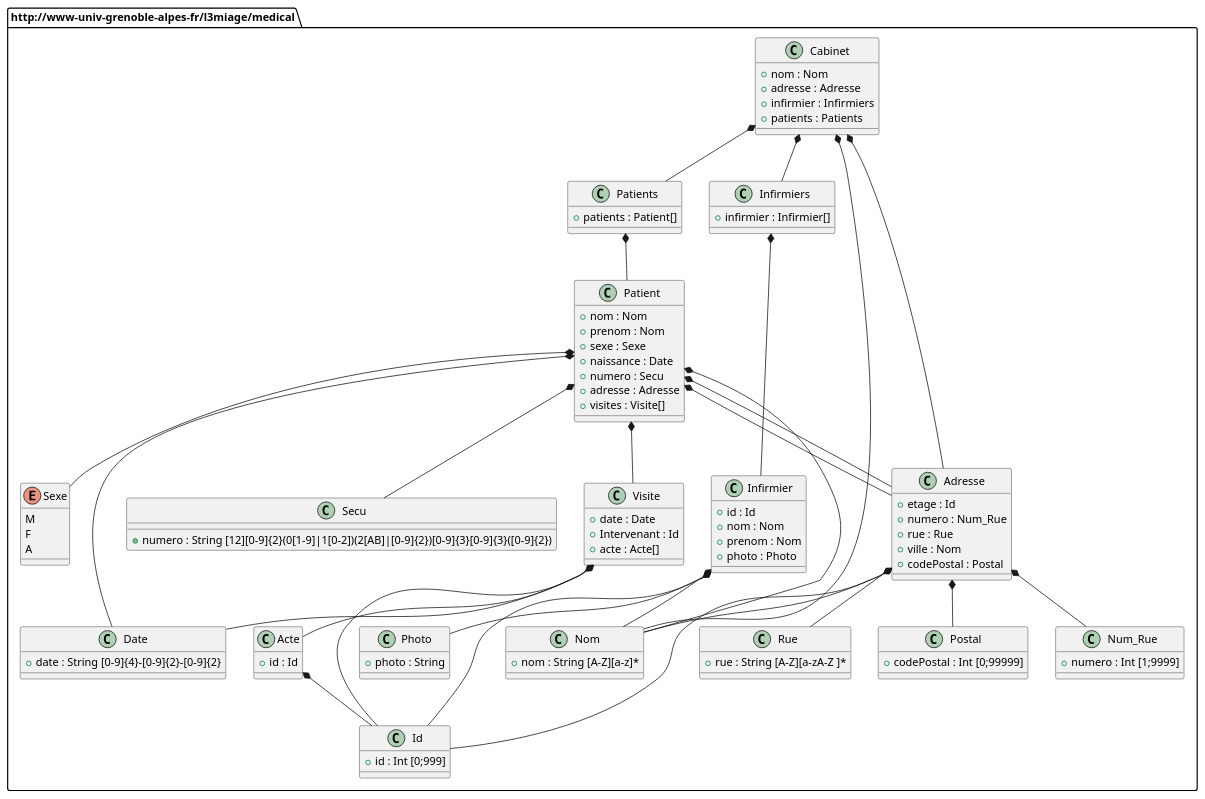
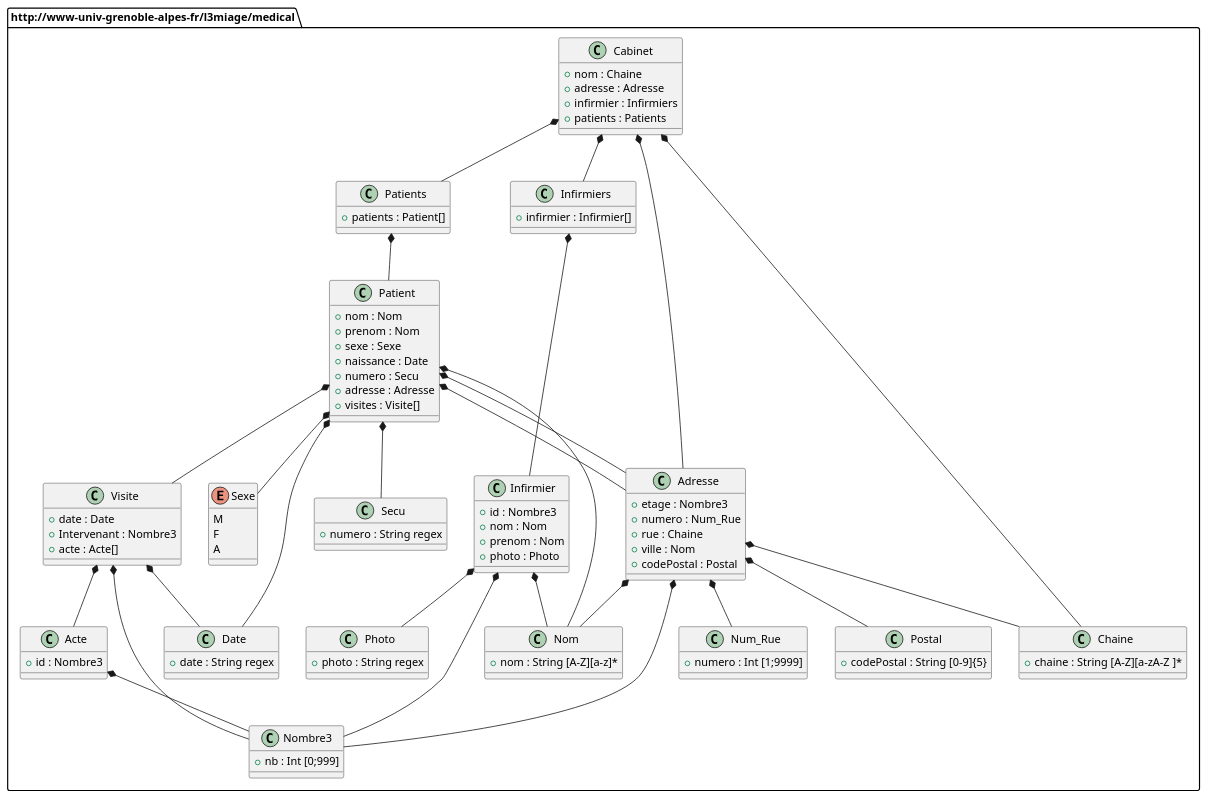
The diagram in data/plan.pu (SolarHauks/CabinetInfirmier), drawn with PlantUML before and after one commit. The commit also changed 2 other files, not shown here.

Commit message:
Correction du XML Schema (voir plus bas). Maj du PlantUML et maj de l'image en conséquence
Correction de certains types simples. Correction du choix element / attribut (souvent expliquer en commentaire).

```diff
--- a/data/plan.pu
+++ b/data/plan.pu
@@ -1,126 +1,125 @@
 @startuml
 
     package http://www-univ-grenoble-alpes-fr/l3miage/medical {
         class Cabinet {
-            +nom : Nom
+            +nom : Chaine
             +adresse : Adresse
             +infirmier : Infirmiers
             +patients : Patients
         }
         
         class Infirmiers {
             +infirmier : Infirmier[]
         }
         
         class Infirmier {
-            +id : Id
+            +id : Nombre3
             +nom : Nom
             +prenom : Nom
             +photo : Photo
         }
         
         class Patients {
             +patients : Patient[]
         }
         
         class Patient {
             +nom : Nom
             +prenom : Nom
             +sexe : Sexe
             +naissance : Date
             +numero : Secu
             +adresse : Adresse
             +visites : Visite[]
         }
         
         class Adresse {
-            +etage : Id
+            +etage : Nombre3
             +numero : Num_Rue
-            +rue : Rue
+            +rue : Chaine
             +ville : Nom
             +codePostal : Postal
         }
         
         class Visite {
             +date : Date
-            +Intervenant : Id
+            +Intervenant : Nombre3
             +acte : Acte[]
         }
         
         class Acte {
-            +id : Id
+            +id : Nombre3
         }
         
         
         'Simple Types
         class Nom {
             +nom : String [A-Z][a-z]*
         }
         
-        class Id {
-            +id : Int [0;999]
+        class Nombre3 {
+            +nb : Int [0;999]
         }
         
-        'A completer
         class Photo {
-            +photo : String
+            +photo : String regex
         }
         
         enum Sexe {
             M
             F
             A
         }
         
         class Date {
-            +date : String [0-9]{4}-[0-9]{2}-[0-9]{2}
+            +date : String regex
         }
         
         class Secu {
-            +numero : String [12][0-9]{2}(0[1-9]|1[0-2])(2[AB]|[0-9]{2})[0-9]{3}[0-9]{3}([0-9]{2})
+            +numero : String regex
         }
         
         class Num_Rue {
             +numero : Int [1;9999]
         }
         
-        class Rue {
-            +rue : String [A-Z][a-zA-Z ]*
+        class Chaine {
+            +chaine : String [A-Z][a-zA-Z ]*
         }
         
         class Postal {
-            +codePostal : Int [0;99999]
+            +codePostal : String [0-9]{5}
         }
         
     }
 
 'Relations entre les classes
 Cabinet *-- Infirmiers
 Infirmiers *-- Infirmier
 Cabinet *-- Patients
 Patients *-- Patient
 Patient *-- Visite
 Patient *-- Adresse
 Visite *-- Acte
 
 'Relations entre les classes et les types simples
-Cabinet *-- Nom
+Cabinet *-- Chaine
 Cabinet *-- Adresse
-Infirmier *-- Id
+Infirmier *-- Nombre3
 Infirmier *-- Nom
 Infirmier *-- Photo
 Patient *-- Nom
 Patient *-- Sexe
 Patient *-- Date
 Patient *-- Secu
 Patient *-- Adresse
 Visite *-- Date
-Visite *-- Id
-Acte *-- Id
-Adresse *-- Num_Rue
-Adresse *-- Rue
+Visite *-- Nombre3
+Acte *-- Nombre3
+Adresse *-- Chaine
+Adresse *-- Nombre3
 Adresse *-- Postal
 Adresse *-- Nom
-Adresse *-- Id
+Adresse *-- Num_Rue
 
 @enduml
```
